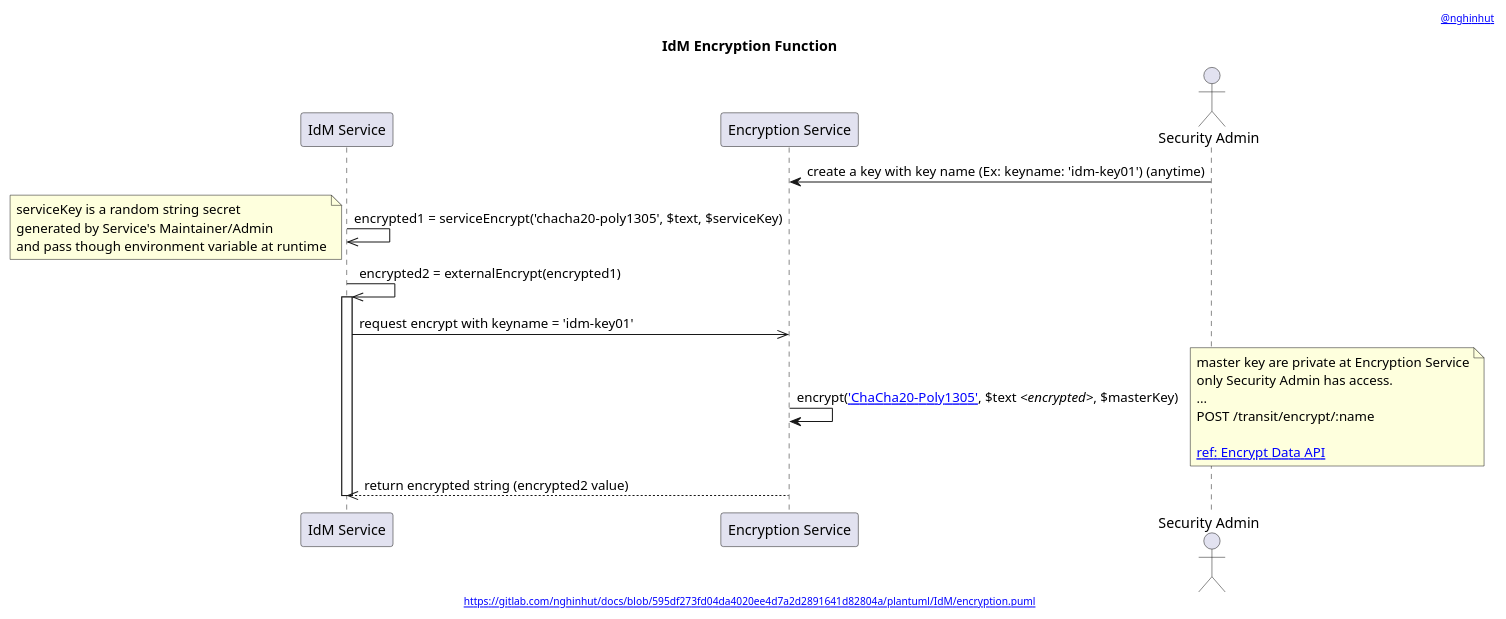
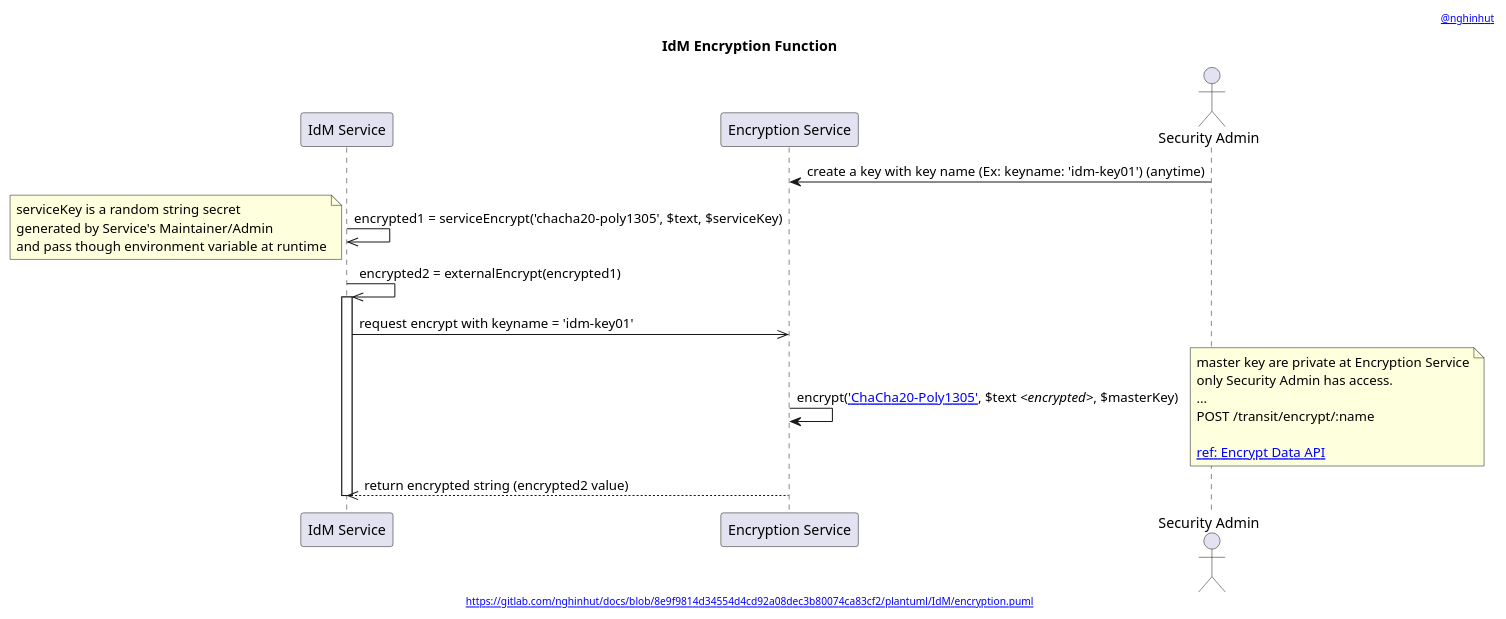
Before and after one commit to nghinhut/docs: the diagram in plantuml/IdM/encryption.function.puml, drawn with PlantUML. The commit also changed 28 other files, not shown here.

```diff
--- a/plantuml/IdM/encryption.function.puml
+++ b/plantuml/IdM/encryption.function.puml
@@ -1,35 +1,35 @@
 @startuml
 '-----START auto generated metadata please keep comment here to allow auto update-----
 '-----DON'T EDIT THIS SECTION, INSTEAD RE-RUN prebuild.sh TO UPDATE-----
-header [[https://www.nghinhut.dev?from=http%5C%3A%5C%2F%5C%2Fwww%5C.plantuml%5C.com%5C%2Fplantuml%5C%2Fproxy%3Ffmt%3Dsvg%5C%26src%3Dhttps%5C%3A%5C%2F%5C%2Fgitlab%5C.com%5C%2Fnghinhut%5C%2Fdocs%5C%2Fraw%5C%2F595df273fd04da4020ee4d7a2d2891641d82804a%5C%2Fplantuml%5C%2FIdM%5C%2Fencryption%5C.puml%0A @nghinhut]]
-footer [[http://www.plantuml.com/plantuml/proxy?fmt=svg&src=https://gitlab.com/nghinhut/docs/raw/595df273fd04da4020ee4d7a2d2891641d82804a/plantuml/IdM/encryption.puml https://gitlab.com/nghinhut/docs/blob/595df273fd04da4020ee4d7a2d2891641d82804a/plantuml/IdM/encryption.puml]]
+header [[https://www.nghinhut.dev?from=http%5C%3A%5C%2F%5C%2Fwww%5C.plantuml%5C.com%5C%2Fplantuml%5C%2Fproxy%3Ffmt%3Dsvg%5C%26src%3Dhttps%5C%3A%5C%2F%5C%2Fgitlab%5C.com%5C%2Fnghinhut%5C%2Fdocs%5C%2Fraw%5C%2F8e9f9814d34554d4cd92a08dec3b80074ca83cf2%5C%2Fplantuml%5C%2FIdM%5C%2Fencryption%5C.puml%0A @nghinhut]]
+footer [[http://www.plantuml.com/plantuml/proxy?fmt=svg&src=https://gitlab.com/nghinhut/docs/raw/8e9f9814d34554d4cd92a08dec3b80074ca83cf2/plantuml/IdM/encryption.puml https://gitlab.com/nghinhut/docs/blob/8e9f9814d34554d4cd92a08dec3b80074ca83cf2/plantuml/IdM/encryption.puml]]
 '-----END auto generated metadata please keep comment here to allow auto update-----
 title IdM Encryption Function
 participant "IdM Service" as idm
 participant "Encryption Service" as es
 actor "Security Admin" as esAdmin
 
 es <- esAdmin : create a key with key name (Ex: keyname: 'idm-key01') (anytime)
 
 idm ->> idm : encrypted1 = serviceEncrypt('chacha20-poly1305', $text, $serviceKey)
 note left
     serviceKey is a random string secret
     generated by Service's Maintainer/Admin
     and pass though environment variable at runtime
 end note
 
 idm ->> idm : encrypted2 = externalEncrypt(encrypted1)
 activate idm
     idm ->> es : request encrypt with keyname = 'idm-key01'
         es -> es : encrypt([[https://www.vaultproject.io/docs/secrets/transit/index.html#chacha20-poly1305{ChaCha20-Poly1305 with a 256-bit key} 'ChaCha20-Poly1305']], $text //<encrypted>//, $masterKey)
         note right
             master key are private at Encryption Service
             only Security Admin has access.
             ...
             POST /transit/encrypt/:name
 
             [[https://www.vaultproject.io/api/secret/transit/index.html#encrypt-data ref: Encrypt Data API]]
         end note
     idm <<-- es : return encrypted string (encrypted2 value)
 deactivate idm
 @enduml
```
